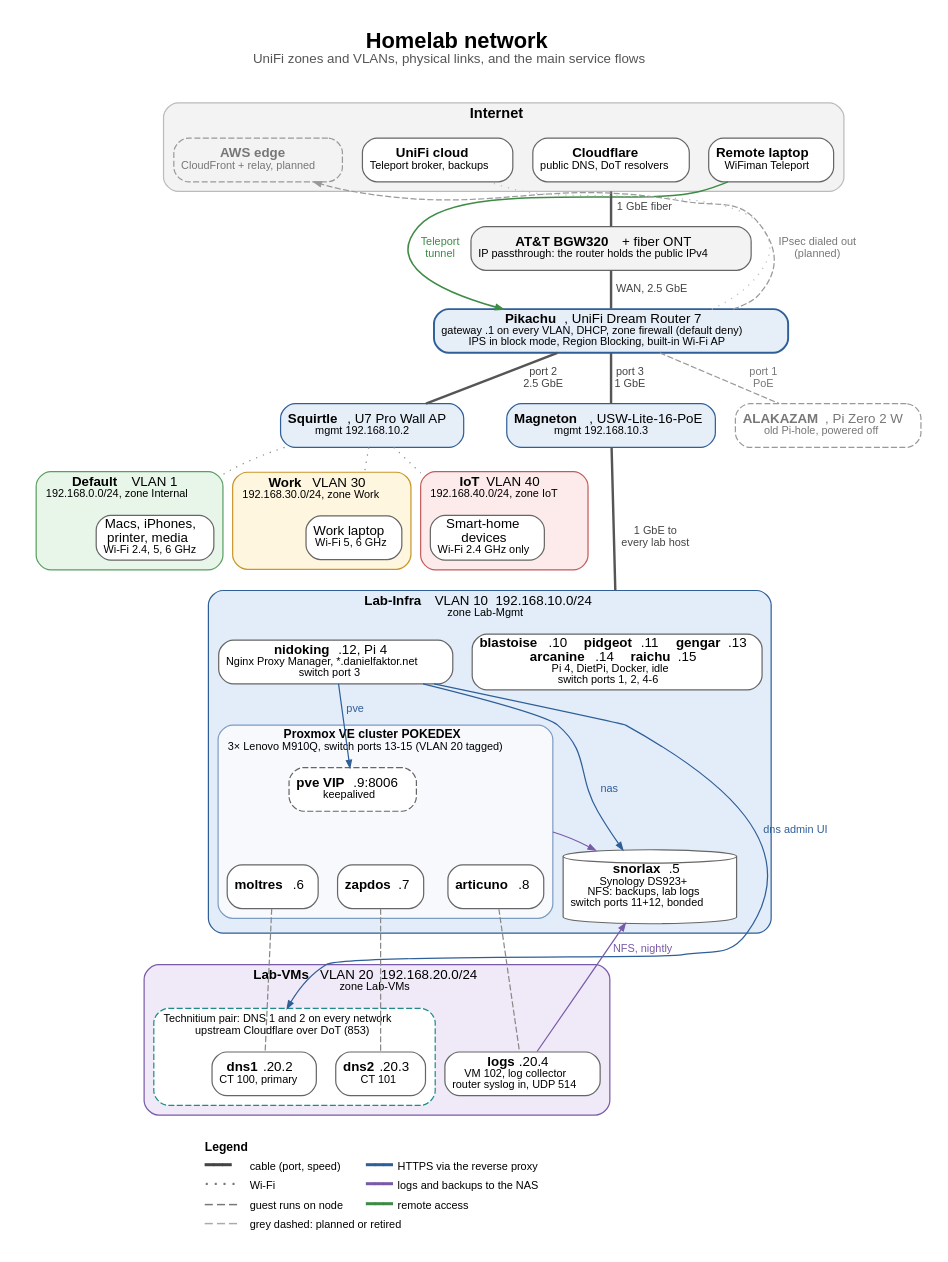
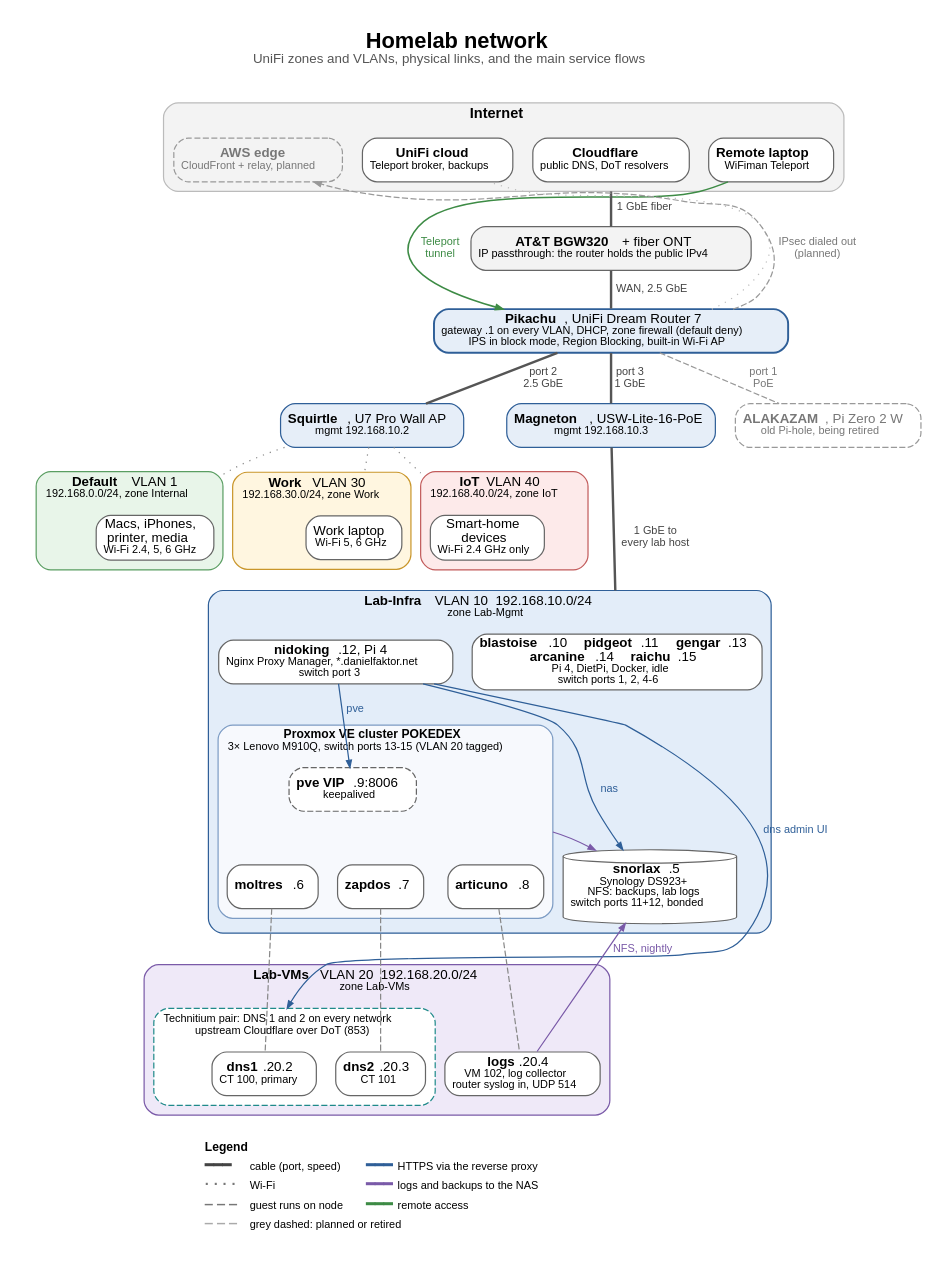
The diagram in docs/diagrams/homelab-network.dot (danielfaktor/lights-out-lab), drawn with Graphviz before and after one commit. The commit also changed 2 other files, not shown here.

Commit message:
Show ALAKAZAM as being retired, not powered off
The router shows it up on UDR7 port 1 with Pi-hole and unbound still running.

```diff
--- a/docs/diagrams/homelab-network.dot
+++ b/docs/diagrams/homelab-network.dot
@@ -1,134 +1,134 @@
 digraph homelab {
   graph [rankdir=TB, newrank=true, compound=true, nodesep=0.22, ranksep=0.3, pad=0.2,
          fontname="Helvetica", fontsize=18, labelloc=t, bgcolor=white,
          label=<<b>Homelab network</b><br/><font point-size="11" color="#555555">UniFi zones and VLANs, physical links, and the main service flows</font><br/> >]
   node  [shape=box, style="rounded,filled", fillcolor=white, color="#666666", penwidth=1,
          fontname="Helvetica", fontsize=11, margin="0.08,0.04"]
   edge  [color="#555555", fontname="Helvetica", fontsize=9, fontcolor="#444444", arrowsize=0.6]
 
   subgraph cluster_internet {
     label=<<b>Internet</b>>; fontsize=12; style="rounded,filled"; fillcolor="#f3f3f3"; color="#bbbbbb"
     remote     [label=<<b>Remote laptop</b><br/><font point-size="9">WiFiman Teleport</font>>]
     cloudflare [label=<<b>Cloudflare</b><br/><font point-size="9">public DNS, DoT resolvers</font>>]
     unifi      [label=<<b>UniFi cloud</b><br/><font point-size="9">Teleport broker, backups</font>>]
     aws        [label=<<b>AWS edge</b><br/><font point-size="9">CloudFront + relay, planned</font>>,
                 style="rounded,dashed", color="#999999", fontcolor="#777777"]
   }
 
   att  [label=<<b>AT&amp;T BGW320</b> + fiber ONT<br/><font point-size="9">IP passthrough: the router holds the public IPv4</font>>, fillcolor="#f3f3f3"]
   udr7 [label=<<b>Pikachu</b>, UniFi Dream Router 7<br/><font point-size="9">gateway .1 on every VLAN, DHCP, zone firewall (default deny)<br/>IPS in block mode, Region Blocking, built-in Wi-Fi AP</font>>,
         fillcolor="#e6eef8", color="#2f5f98", penwidth=1.6]
 
   ap       [label=<<b>Squirtle</b>, U7 Pro Wall AP<br/><font point-size="9">mgmt 192.168.10.2</font>>, fillcolor="#e6eef8", color="#2f5f98"]
   sw       [label=<<b>Magneton</b>, USW-Lite-16-PoE<br/><font point-size="9">mgmt 192.168.10.3</font>>, fillcolor="#e6eef8", color="#2f5f98"]
-  alakazam [label=<<b>ALAKAZAM</b>, Pi Zero 2 W<br/><font point-size="9">old Pi-hole, powered off</font>>,
+  alakazam [label=<<b>ALAKAZAM</b>, Pi Zero 2 W<br/><font point-size="9">old Pi-hole, being retired</font>>,
             style="rounded,dashed", color="#999999", fontcolor="#777777"]
 
   subgraph cluster_default {
     label=<<b>Default</b>  VLAN 1<br/><font point-size="9">192.168.0.0/24, zone Internal</font>>;
     fontsize=11; style="rounded,filled"; fillcolor="#e8f5e9"; color="#5a9e62"
     home [label=<Macs, iPhones,<br/>printer, media<br/><font point-size="9">Wi-Fi 2.4, 5, 6 GHz</font>>]
   }
   subgraph cluster_work {
     label=<<b>Work</b>  VLAN 30<br/><font point-size="9">192.168.30.0/24, zone Work</font>>;
     fontsize=11; style="rounded,filled"; fillcolor="#fff6e0"; color="#c9962b"
     work [label=<Work laptop<br/><font point-size="9">Wi-Fi 5, 6 GHz</font>>]
   }
   subgraph cluster_iot {
     label=<<b>IoT</b>  VLAN 40<br/><font point-size="9">192.168.40.0/24, zone IoT</font>>;
     fontsize=11; style="rounded,filled"; fillcolor="#fdeaea"; color="#c25b5b"
     iot [label=<Smart-home<br/>devices<br/><font point-size="9">Wi-Fi 2.4 GHz only</font>>]
   }
 
   subgraph cluster_lab10 {
     label=<<b>Lab-Infra</b>  VLAN 10  192.168.10.0/24<br/><font point-size="9">zone Lab-Mgmt</font>>;
     fontsize=11; style="rounded,filled"; fillcolor="#e3edf9"; color="#2f5f98"
 
     nidoking [label=<<b>nidoking</b> .12, Pi 4<br/><font point-size="9">Nginx Proxy Manager, *.danielfaktor.net<br/>switch port 3</font>>]
     pis      [label=<<b>blastoise</b> .10  <b>pidgeot</b> .11  <b>gengar</b> .13<br/><b>arcanine</b> .14  <b>raichu</b> .15<br/><font point-size="9">Pi 4, DietPi, Docker, idle<br/>switch ports 1, 2, 4-6</font>>]
     snorlax  [shape=cylinder, style=filled, fillcolor=white,
               label=<<b>snorlax</b> .5<br/><font point-size="9">Synology DS923+<br/>NFS: backups, lab logs<br/>switch ports 11+12, bonded</font>>]
 
     subgraph cluster_pve {
       label=<<b>Proxmox VE cluster POKEDEX</b><br/><font point-size="9">3× Lenovo M910Q, switch ports 13-15 (VLAN 20 tagged)</font>>;
       fontsize=10; style="rounded,filled"; fillcolor="#f7f9fd"; color="#7d9cc4"
       vip      [label=<<b>pve VIP</b> .9:8006<br/><font point-size="9">keepalived</font>>, style="rounded,filled,dashed"]
       moltres  [label=<<b>moltres</b> .6>]
       zapdos   [label=<<b>zapdos</b> .7>]
       articuno [label=<<b>articuno</b> .8>]
     }
   }
 
   subgraph cluster_lab20 {
     label=<<b>Lab-VMs</b>  VLAN 20  192.168.20.0/24<br/><font point-size="9">zone Lab-VMs</font>>;
     fontsize=11; style="rounded,filled"; fillcolor="#efe9f8"; color="#7a5aa8"
 
     subgraph cluster_dns {
       label=<<font point-size="9">Technitium pair: DNS 1 and 2 on every network<br/>upstream Cloudflare over DoT (853)</font>>;
       style="rounded,dashed"; color="#1f8a8a"
       dns1 [label=<<b>dns1</b> .20.2<br/><font point-size="9">CT 100, primary</font>>]
       dns2 [label=<<b>dns2</b> .20.3<br/><font point-size="9">CT 101</font>>]
     }
     logs [label=<<b>logs</b> .20.4<br/><font point-size="9">VM 102, log collector<br/>router syslog in, UDP 514</font>>]
   }
 
   legend [shape=plaintext, style="", margin=0, label=<
     <table border="0" cellborder="0" cellspacing="1" cellpadding="1">
       <tr><td align="left" colspan="4"><font point-size="10"><b>Legend</b></font></td></tr>
       <tr>
         <td align="left"><font point-size="12" color="#444444"><b>━━━</b></font></td><td align="left"><font point-size="9">cable (port, speed)  </font></td>
         <td align="left"><font point-size="12" color="#2f5f98"><b>━━━</b></font></td><td align="left"><font point-size="9">HTTPS via the reverse proxy</font></td>
       </tr>
       <tr>
         <td align="left"><font point-size="12" color="#777777"><b>· · · ·</b></font></td><td align="left"><font point-size="9">Wi-Fi</font></td>
         <td align="left"><font point-size="12" color="#7a5aa8"><b>━━━</b></font></td><td align="left"><font point-size="9">logs and backups to the NAS</font></td>
       </tr>
       <tr>
         <td align="left"><font point-size="12" color="#777777"><b>‒ ‒ ‒</b></font></td><td align="left"><font point-size="9">guest runs on node</font></td>
         <td align="left"><font point-size="12" color="#3d8b45"><b>━━━</b></font></td><td align="left"><font point-size="9">remote access</font></td>
       </tr>
       <tr>
         <td align="left"><font point-size="12" color="#aaaaaa"><b>‒ ‒ ‒</b></font></td><td align="left" colspan="3"><font point-size="9">grey dashed: planned or retired</font></td>
       </tr>
     </table>>]
 
   { rank=same; att }
   { rank=same; udr7 }
   { rank=same; ap; sw; alakazam }
   { rank=same; nidoking; pis }
   { rank=same; snorlax; moltres; zapdos; articuno }
   { rank=same; dns1; dns2; logs }
 
   cloudflare -> att [ltail=cluster_internet, dir=none, penwidth=2, label=" 1 GbE fiber"]
   att  -> udr7     [dir=none, penwidth=2, label=" WAN, 2.5 GbE"]
   udr7 -> ap       [dir=none, penwidth=2, label=" port 2\n 2.5 GbE"]
   udr7 -> sw       [dir=none, penwidth=2, label=" port 3\n 1 GbE"]
   udr7 -> alakazam [dir=none, style=dashed, color="#999999", fontcolor="#777777", label=" port 1\n PoE"]
 
   ap -> home [lhead=cluster_default, dir=none, style=dotted, color="#888888"]
   ap -> work [lhead=cluster_work,    dir=none, style=dotted, color="#888888"]
   ap -> iot  [lhead=cluster_iot,     dir=none, style=dotted, color="#888888"]
 
   sw -> pis [lhead=cluster_lab10, dir=none, penwidth=2, label=" 1 GbE to\n every lab host"]
   work -> nidoking [style=invis]
   work -> pis [style=invis]
 
   nidoking -> vip   [color="#2f5f98", fontcolor="#2f5f98", label=" pve"]
   vip -> zapdos     [style=invis]
   pis -> snorlax    [style=invis]
   nidoking -> snorlax [color="#2f5f98", fontcolor="#2f5f98", label=" nas"]
   nidoking -> dns1  [lhead=cluster_dns, color="#2f5f98", fontcolor="#2f5f98", constraint=false, label=" dns admin UI"]
 
   moltres  -> dns1 [style=dashed, color="#888888", arrowhead=none]
   zapdos   -> dns2 [style=dashed, color="#888888", arrowhead=none]
   articuno -> logs [style=dashed, color="#888888", arrowhead=none]
 
   moltres -> snorlax [ltail=cluster_pve, color="#7a5aa8", constraint=false]
   logs -> snorlax    [color="#7a5aa8", fontcolor="#7a5aa8", constraint=false, label="NFS, nightly"]
 
   remote -> udr7 [color="#3d8b45", fontcolor="#3d8b45", penwidth=1.3, constraint=false, label="Teleport\ntunnel"]
   udr7 -> unifi  [color="#bbbbbb", style=dotted, constraint=false, arrowhead=none]
   udr7 -> aws    [style=dashed, color="#999999", fontcolor="#777777", constraint=false, label="IPsec dialed out\n(planned)"]
 
   dns2 -> legend [style=invis]
 }
```
